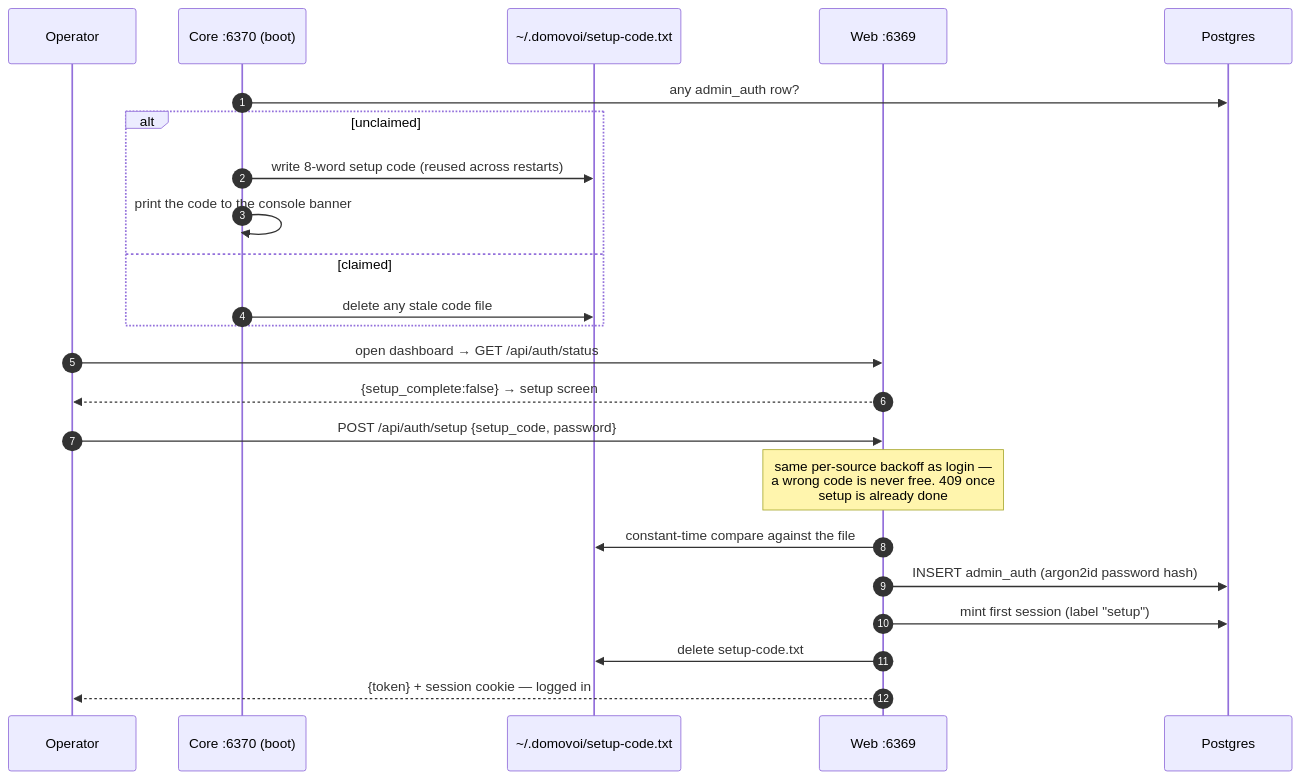
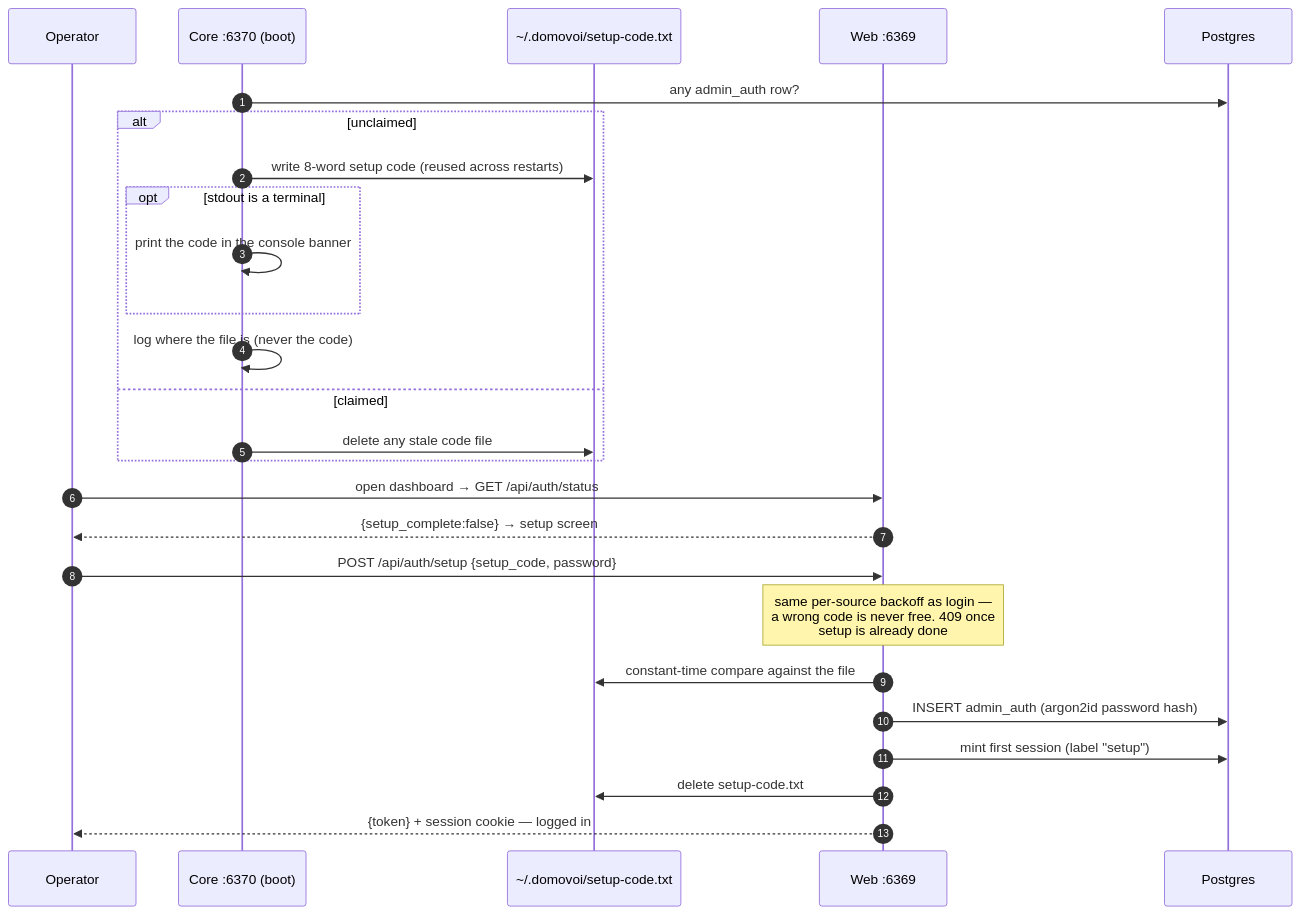
Before and after one commit to coders-farm-official/domovoi: the first of 3 diagrams in docs/uml/auth.md, drawn with Mermaid. The commit also changed 12 other files, not shown here.

First line of the commit message:
core: print the setup code only to a terminal, never into the journal [skip ci]

````diff
--- a/docs/uml/auth.md
+++ b/docs/uml/auth.md
@@ -14,27 +14,30 @@
 ```mermaid
 sequenceDiagram
     autonumber
     participant Op as Operator
     participant C as Core :6370 (boot)
     participant FS as ~/.domovoi/setup-code.txt
     participant W as Web :6369
     participant PG as Postgres
 
     C->>PG: any admin_auth row?
     alt unclaimed
         C->>FS: write 8-word setup code (reused across restarts)
-        C->>C: print the code to the console banner
+        opt stdout is a terminal
+            C->>C: print the code in the console banner
+        end
+        C->>C: log where the file is (never the code)
     else claimed
         C->>FS: delete any stale code file
     end
 
     Op->>W: open dashboard → GET /api/auth/status
     W-->>Op: {setup_complete:false} → setup screen
     Op->>W: POST /api/auth/setup {setup_code, password}
     Note over W: same per-source backoff as login —<br/>a wrong code is never free. 409 once<br/>setup is already done
     W->>FS: constant-time compare against the file
     W->>PG: INSERT admin_auth (argon2id password hash)
     W->>PG: mint first session (label "setup")
     W->>FS: delete setup-code.txt
     W-->>Op: {token} + session cookie — logged in
 ```
````
